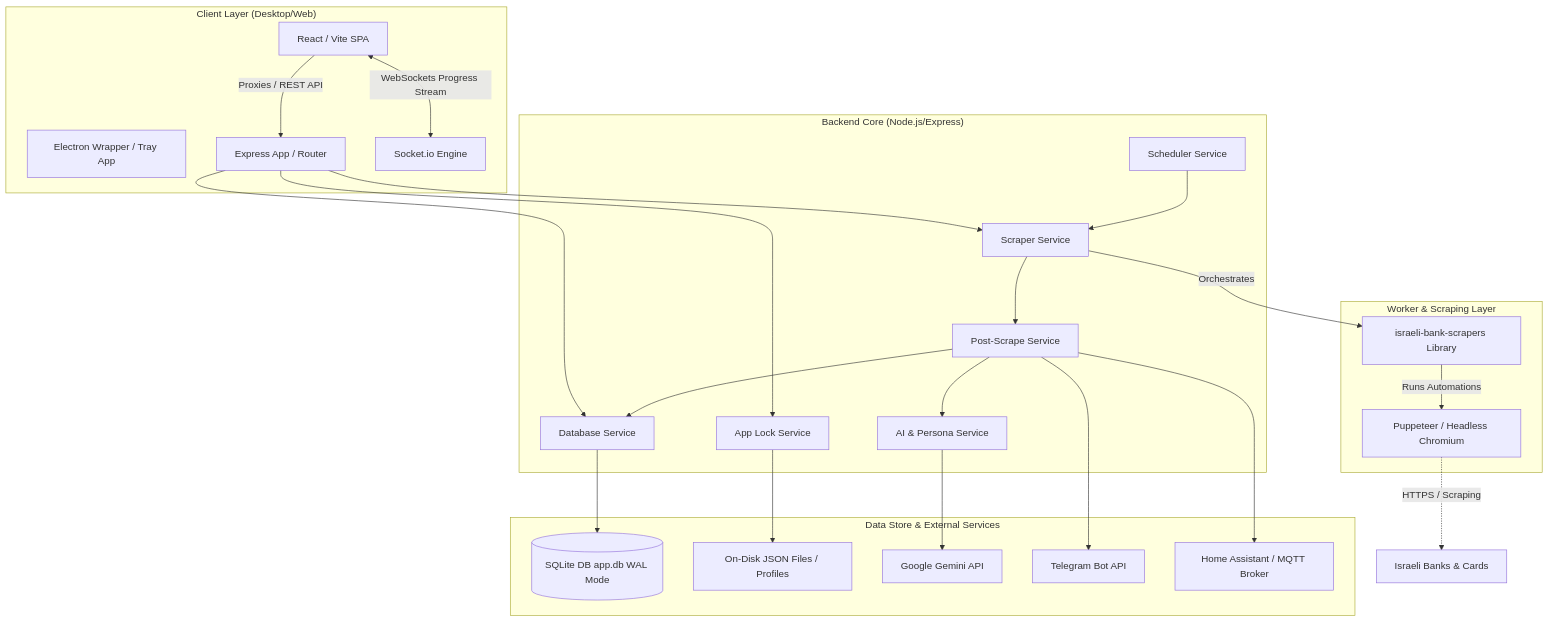
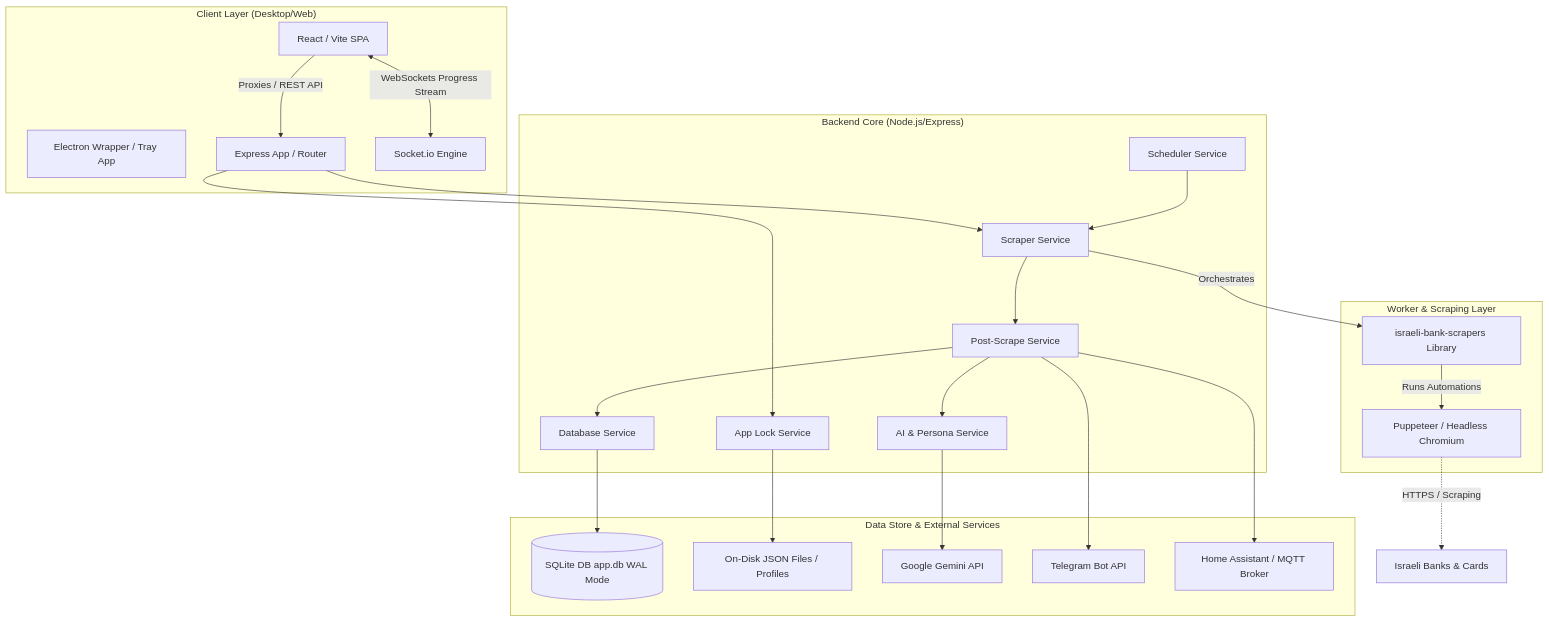
One commit to yohaybn/Israeli-Financial-Overview changed the first of 3 diagrams in docs/system_design_document.md. Above: the diagram before and after it, drawn with Mermaid.

````diff
--- a/docs/system_design_document.md
+++ b/docs/system_design_document.md
@@ -23,51 +23,50 @@
 ```mermaid
 graph TD
     subgraph ClientLayer ["Client Layer (Desktop/Web)"]
         UI[React / Vite SPA]
         Electron[Electron Wrapper / Tray App]
         UI -->|Proxies / REST API| Server
         UI <-->|WebSockets Progress Stream| SocketIO
     end
 
     subgraph BackendCore ["Backend Core (Node.js/Express)"]
         Server[Express App / Router]
         SocketIO[Socket.io Engine]
         Scheduler[Scheduler Service]
         ScraperSvc[Scraper Service]
         PostScrape[Post-Scrape Service]
         AppLock[App Lock Service]
         AISvc[AI & Persona Service]
         DB[Database Service]
         
         Server --> ScraperSvc
         Server --> AppLock
-        Server --> DB
         ScraperSvc --> PostScrape
         PostScrape --> AISvc
         PostScrape --> DB
         Scheduler --> ScraperSvc
     end
 
     subgraph WorkerLayer ["Worker & Scraping Layer"]
         Browser[Puppeteer / Headless Chromium]
         Lib[israeli-bank-scrapers Library]
         ScraperSvc -->|Orchestrates| Lib
         Lib -->|Runs Automations| Browser
     end
 
     subgraph DataStore ["Data Store & External Services"]
         SQLite[("SQLite DB app.db WAL Mode")]
         ConfigFiles[On-Disk JSON Files / Profiles]
         Gemini[Google Gemini API]
         Telegram[Telegram Bot API]
         MQTT[Home Assistant / MQTT Broker]
         
         DB --> SQLite
         AppLock --> ConfigFiles
         AISvc --> Gemini
         PostScrape --> Telegram
         PostScrape --> MQTT
     end
     
     Browser -.->|HTTPS / Scraping| Bank[Israeli Banks & Cards]
 ```
````
